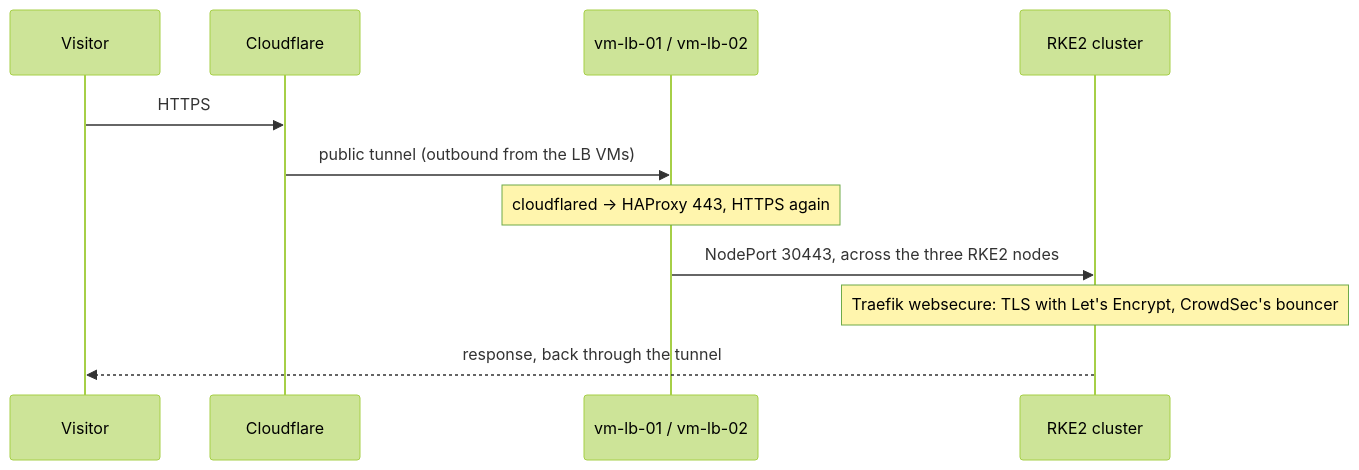
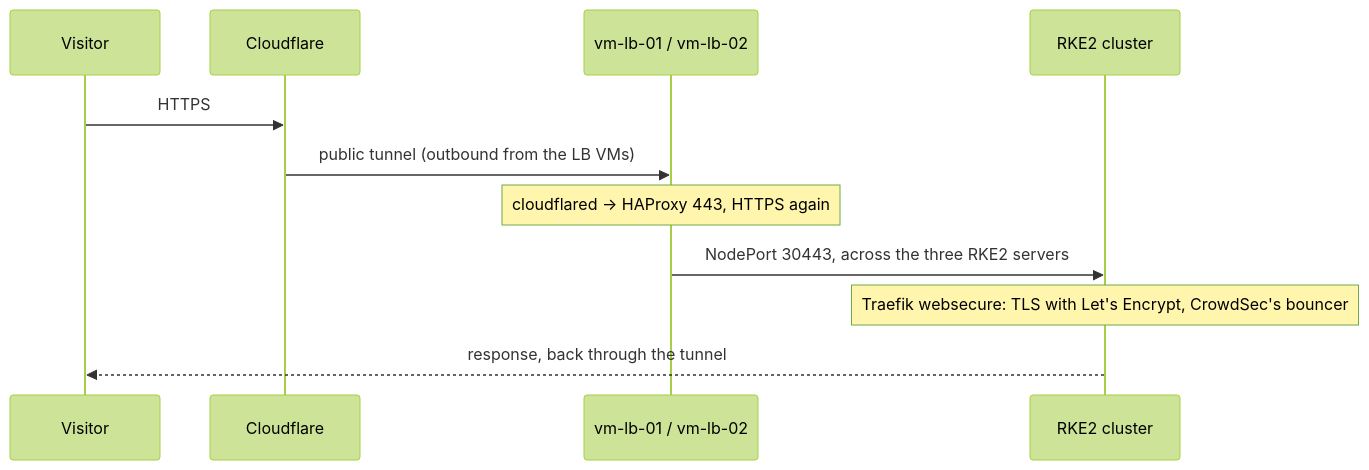
The fourth of 7 diagrams in docs/architecture.md (0xc0-homelab/infrastructure), drawn with Mermaid (forest theme) before and after one commit. The commit also changed 23 other files, not shown here.

````diff
--- a/docs/architecture.md
+++ b/docs/architecture.md
@@ -153,14 +153,14 @@
 ```mermaid
 sequenceDiagram
   participant U as Visitor
   participant CF as Cloudflare
   participant LB as vm-lb-01 / vm-lb-02
   participant K as RKE2 cluster
 
   U->>CF: HTTPS
   CF->>LB: public tunnel (outbound from the LB VMs)
   Note over LB: cloudflared → HAProxy 443, HTTPS again
-  LB->>K: NodePort 30443, across the three RKE2 nodes
+  LB->>K: NodePort 30443, across the three RKE2 servers
   Note over K: Traefik websecure: TLS with Let's Encrypt, CrowdSec's bouncer
   K-->>U: response, back through the tunnel
 ```
````
